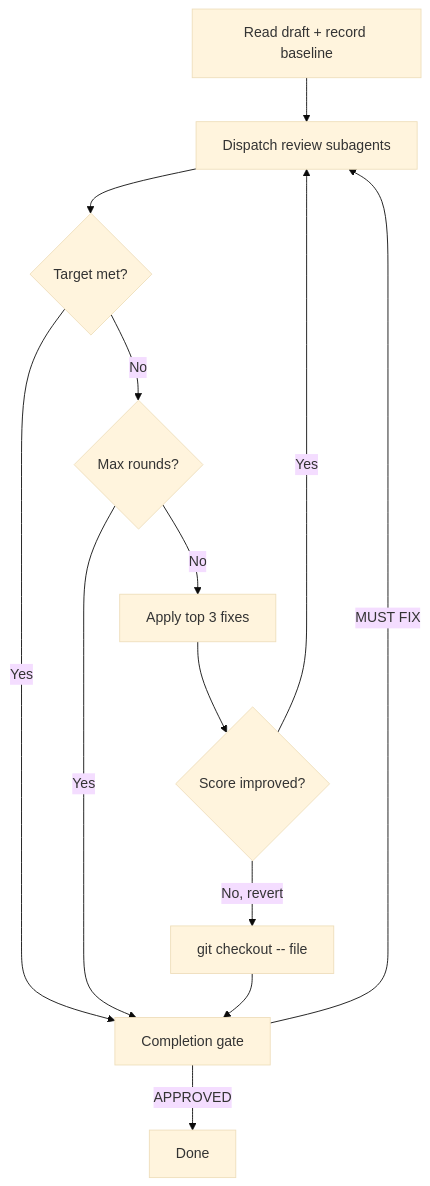
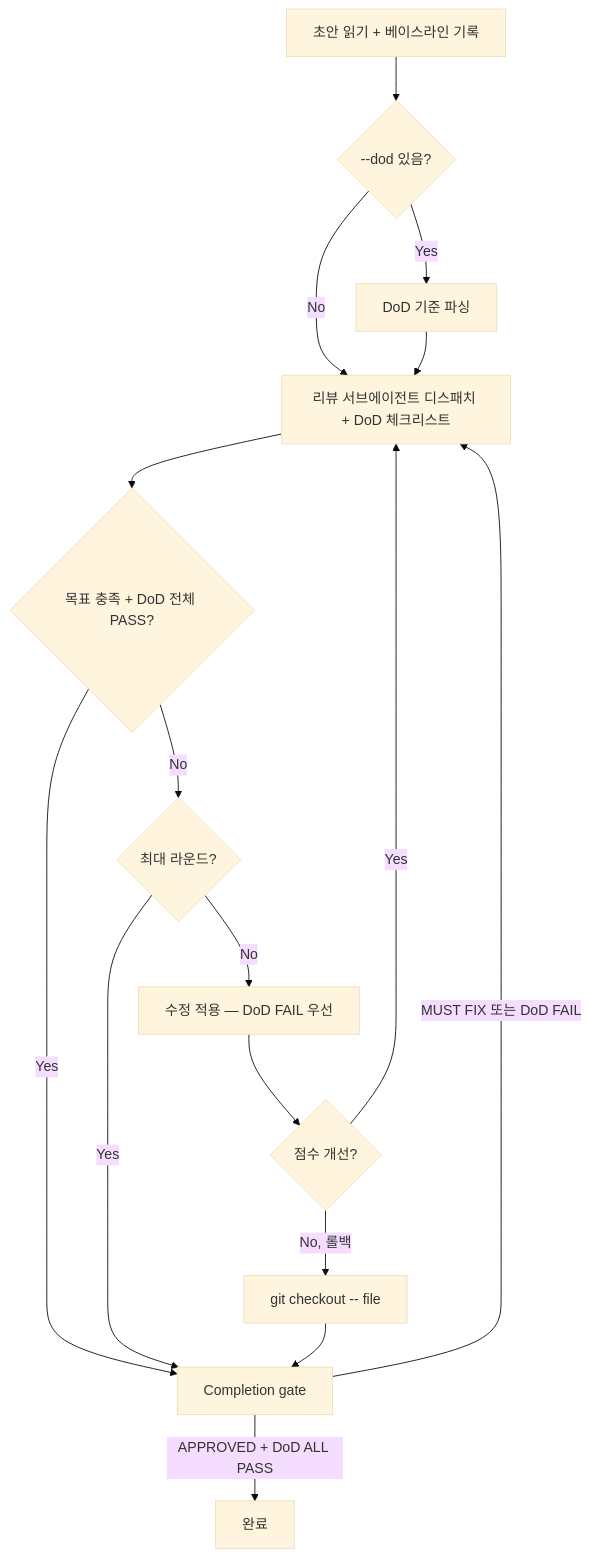
The diagram in docs/skills/refine.ko.md (unclejobs-ai/second-claude-code), drawn with Mermaid (base theme) before and after one commit. The commit also changed other lines of this file and 9 other files, not shown here.

First line of the commit message:
feat(refine): add --dod flag for Definition of Done checklist

````diff
--- a/docs/skills/refine.ko.md
+++ b/docs/skills/refine.ko.md
@@ -47,15 +68,18 @@
 ```mermaid
 graph TD
-    A[Read draft + record baseline] --> B[Dispatch review subagents]
-    B --> C{Target met?}
+    A[초안 읽기 + 베이스라인 기록] --> A2{--dod 있음?}
+    A2 -- Yes --> A3[DoD 기준 파싱]
+    A2 -- No --> B
+    A3 --> B[리뷰 서브에이전트 디스패치 + DoD 체크리스트]
+    B --> C{목표 충족 + DoD 전체 PASS?}
     C -- Yes --> G[Completion gate]
-    C -- No --> D{Max rounds?}
+    C -- No --> D{최대 라운드?}
     D -- Yes --> G
-    D -- No --> E[Apply top 3 fixes]
-    E --> F{Score improved?}
+    D -- No --> E[수정 적용 — DoD FAIL 우선]
+    E --> F{점수 개선?}
     F -- Yes --> B
-    F -- No, revert --> H[git checkout -- file]
+    F -- No, 롤백 --> H[git checkout -- file]
     H --> G
-    G -- APPROVED --> I[Done]
-    G -- MUST FIX --> B
+    G -- APPROVED + DoD ALL PASS --> I[완료]
+    G -- MUST FIX 또는 DoD FAIL --> B
 ```
````
